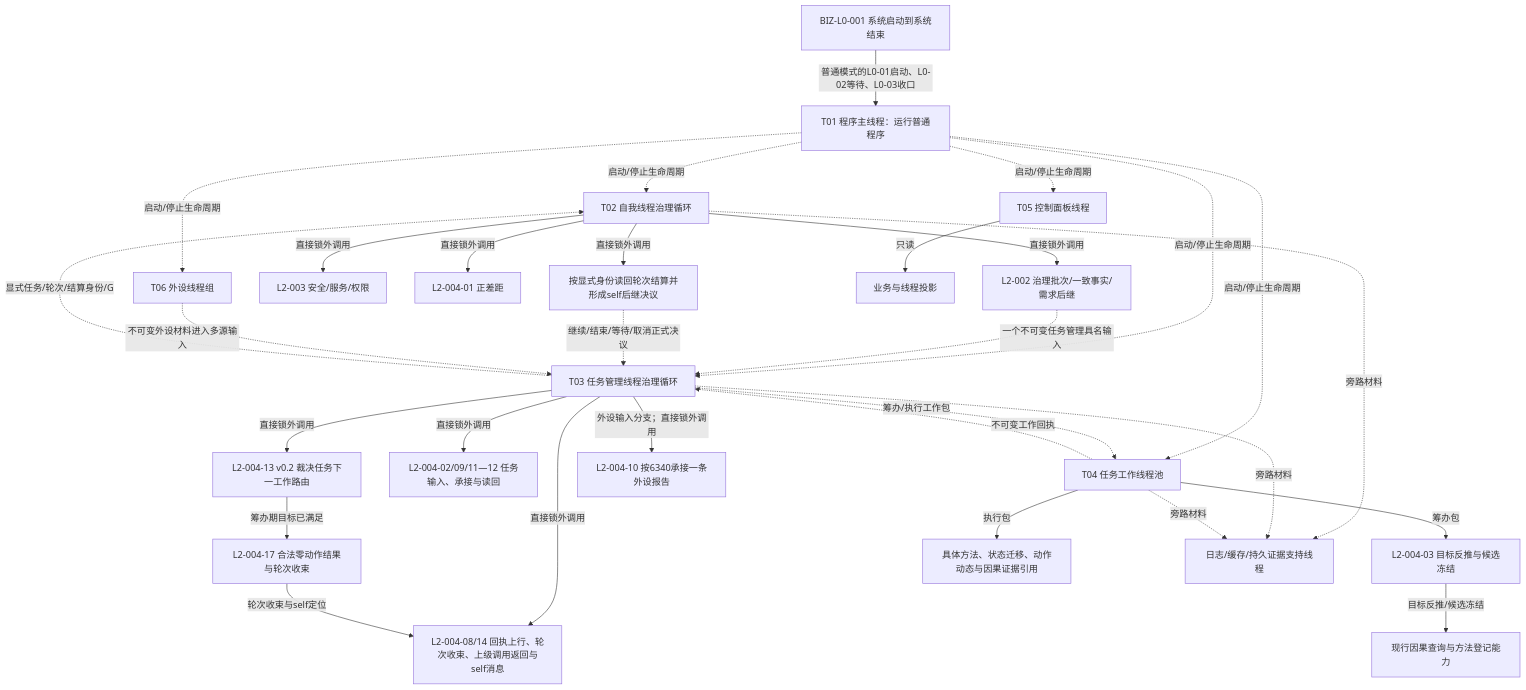
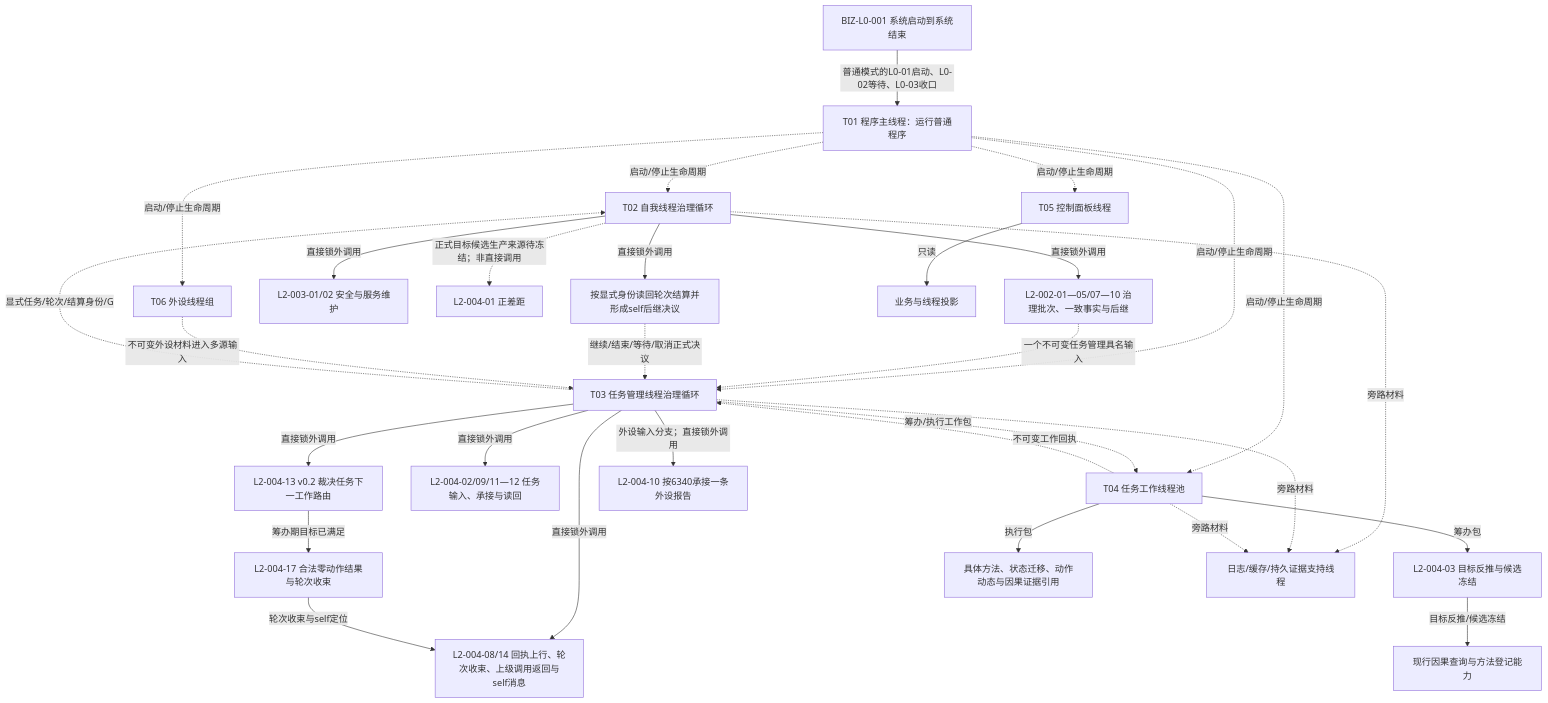
One commit to chunhaizh-cyber/HY-Ego changed the diagram in 流程图/目标业务流程图/业务节点到能力与目标函数映射.md. Above: the diagram before and after it, drawn with Mermaid. The commit also changed other lines of this file and 9 other files, not shown here.

````diff
--- a/流程图/目标业务流程图/业务节点到能力与目标函数映射.md
+++ b/流程图/目标业务流程图/业务节点到能力与目标函数映射.md
@@ -520,32 +520,32 @@
 ```mermaid
 flowchart TD
     L0["BIZ-L0-001 系统启动到系统结束"] -->|普通模式的L0-01启动、L0-02等待、L0-03收口| T01["T01 程序主线程：运行普通程序"]
     T01 -. "启动/停止生命周期" .-> T02["T02 自我线程治理循环"]
     T01 -. "启动/停止生命周期" .-> T03["T03 任务管理线程治理循环"]
     T01 -. "启动/停止生命周期" .-> T04["T04 任务工作线程池"]
     T01 -. "启动/停止生命周期" .-> T05["T05 控制面板线程"]
     T01 -. "启动/停止生命周期" .-> T06["T06 外设线程组"]
-    T02 -->|直接锁外调用| G02["L2-002 治理批次/一致事实/需求后继"]
-    T02 -->|直接锁外调用| S03["L2-003 安全/服务/权限"]
-    T02 -->|直接锁外调用| D01["L2-004-01 正差距"]
+    T02 -->|直接锁外调用| G02["L2-002-01—05/07—10 治理批次、一致事实与后继"]
+    T02 -->|直接锁外调用| S03["L2-003-01/02 安全与服务维护"]
+    T02 -. "正式目标候选生产来源待冻结；非直接调用" .-> D01["L2-004-01 正差距"]
     G02 -. "一个不可变任务管理具名输入" .-> T03
     T03 -->|直接锁外调用| D02["L2-004-02/09/11—12 任务输入、承接与读回"]
     T03 -->|直接锁外调用| DSTATE["L2-004-13 v0.2 裁决任务下一工作路由"]
     DSTATE -->|筹办期目标已满足| DZERO["L2-004-17 合法零动作结果与轮次收束"]
     T03 -. "筹办/执行工作包" .-> T04
     T04 -->|筹办包| D03["L2-004-03 目标反推与候选冻结"]
     D03 -->|目标反推/候选冻结| C01["现行因果查询与方法登记能力"]
     T04 -->|执行包| A01["具体方法、状态迁移、动作动态与因果证据引用"]
     T04 -. "不可变工作回执" .-> T03
     T03 -->|直接锁外调用| D58["L2-004-08/14 回执上行、轮次收束、上级调用返回与self消息"]
     DZERO -->|轮次收束与self定位| D58
     T03 -. "显式任务/轮次/结算身份/G" .-> T02
     T02 -->|直接锁外调用| D06["按显式身份读回轮次结算并形成self后继决议"]
     D06 -. "继续/结束/等待/取消正式决议" .-> T03
     T06 -. "不可变外设材料进入多源输入" .-> T03
     T03 -->|外设输入分支；直接锁外调用| E01["L2-004-10 按6340承接一条外设报告"]
     T05 -->|只读| P01["业务与线程投影"]
     T02 -. "旁路材料" .-> SUP["日志/缓存/持久证据支持线程"]
     T03 -. "旁路材料" .-> SUP
     T04 -. "旁路材料" .-> SUP
 ```
````
